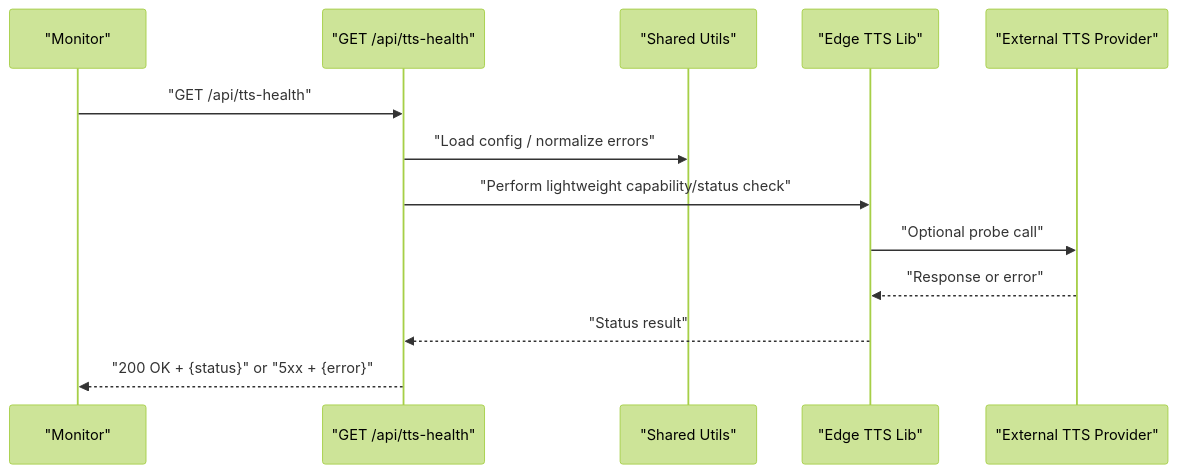
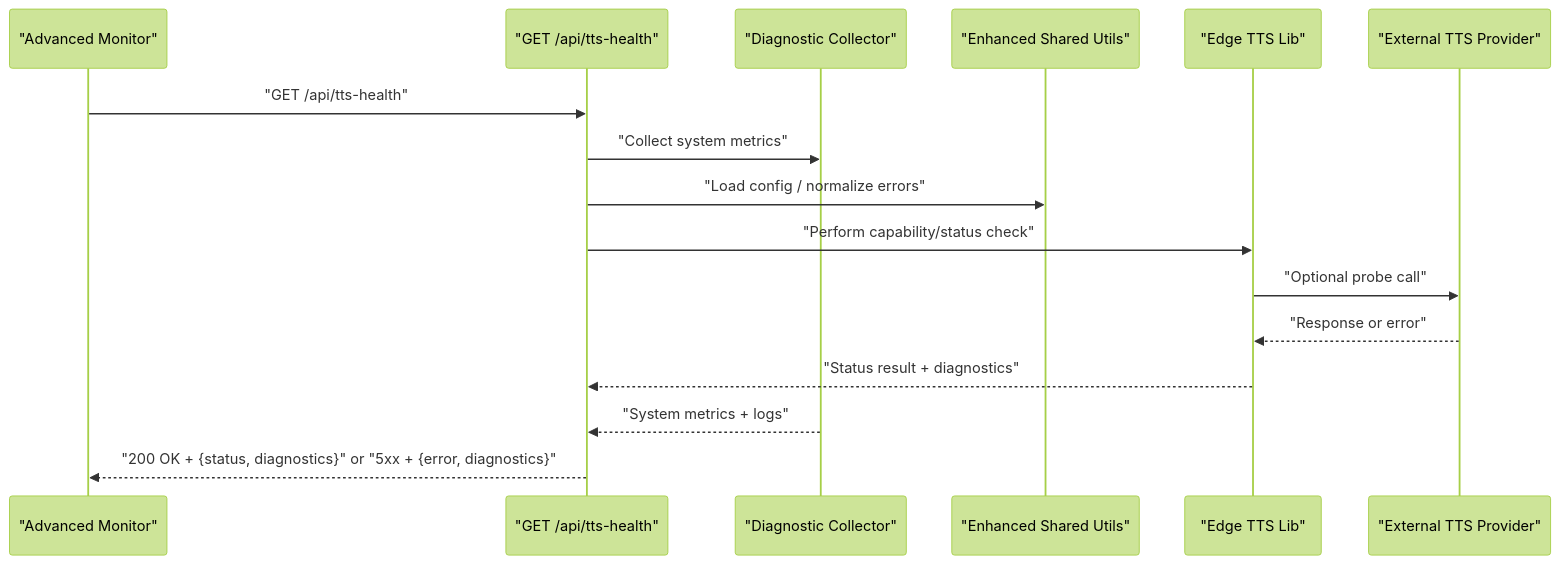
The second of 3 diagrams in .qoder/repowiki/en/content/API Reference/TTS Health Check API.md (zmyeo54/briefroom), drawn with Mermaid (forest theme) before and after one commit. The commit also changed other lines of this file and 7 other files, not shown here.

````diff
--- a/.qoder/repowiki/en/content/API Reference/TTS Health Check API.md
+++ b/.qoder/repowiki/en/content/API Reference/TTS Health Check API.md
@@ -63,15 +78,18 @@
 ```mermaid
 sequenceDiagram
-participant Mon as "Monitor"
+participant Mon as "Advanced Monitor"
 participant API as "GET /api/tts-health"
-participant SH as "Shared Utils"
+participant Diag as "Diagnostic Collector"
+participant SH as "Enhanced Shared Utils"
 participant ET as "Edge TTS Lib"
 participant Ext as "External TTS Provider"
 Mon->>API : "GET /api/tts-health"
+API->>Diag : "Collect system metrics"
 API->>SH : "Load config / normalize errors"
-API->>ET : "Perform lightweight capability/status check"
+API->>ET : "Perform capability/status check"
 ET->>Ext : "Optional probe call"
 Ext-->>ET : "Response or error"
-ET-->>API : "Status result"
-API-->>Mon : "200 OK + {status}" or "5xx + {error}"
+ET-->>API : "Status result + diagnostics"
+Diag-->>API : "System metrics + logs"
+API-->>Mon : "200 OK + {status, diagnostics}" or "5xx + {error, diagnostics}"
 ```
````
